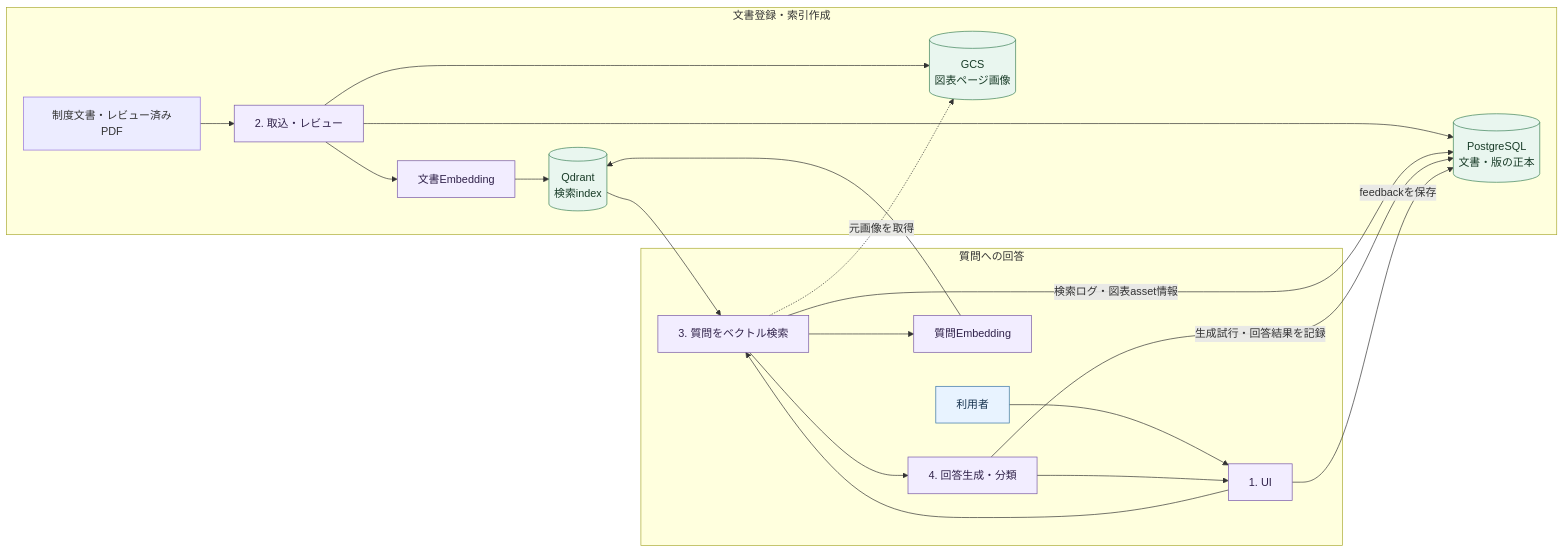
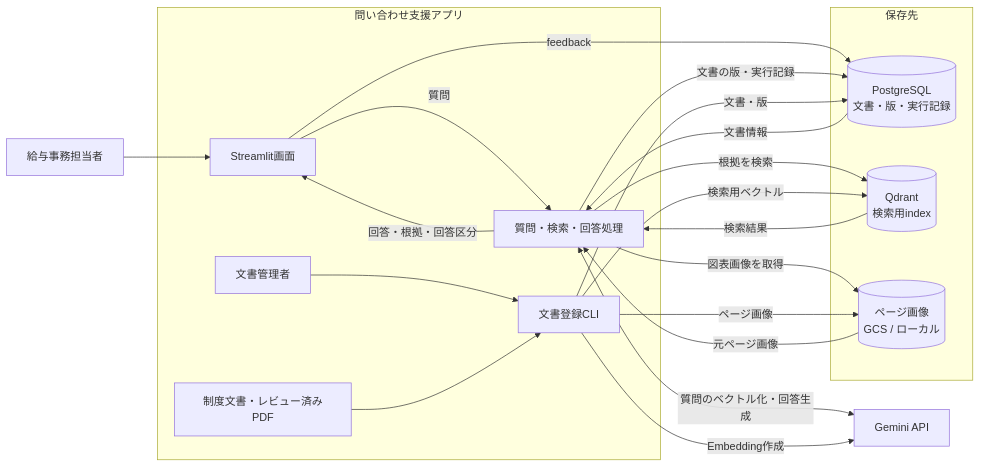
One commit to toko1970/municipal-rag-assistant changed the first of 2 diagrams in README.md. Above: the diagram before and after it, drawn with Mermaid. The commit also changed other lines of this file and 6 other files, not shown here.

````diff
--- a/README.md
+++ b/README.md
@@ -11,31 +24,38 @@
 ```mermaid
 flowchart LR
-    subgraph ING[文書登録・索引作成]
-        DOC[制度文書・レビュー済みPDF] --> INGEST[2. 取込・レビュー]
-        INGEST --> PG[(PostgreSQL<br/>文書・版の正本)]
-        INGEST --> DOC_EMB[文書Embedding]
-        DOC_EMB --> QD[(Qdrant<br/>検索index)]
-        INGEST --> GCS[(GCS<br/>図表ページ画像)]
+    U[給与事務担当者]
+    A[文書管理者]
+    D[制度文書・レビュー済みPDF]
+
+    subgraph APP[問い合わせ支援アプリ]
+        UI[Streamlit画面]
+        QS[質問・検索・回答処理]
+        ING[文書登録CLI]
+        UI -->|質問| QS
+        QS -->|回答・根拠・回答区分| UI
+        A --> ING
+        D --> ING
     end
 
-    subgraph QA[質問への回答]
-        U[利用者] --> UI[1. UI]
-        UI --> SEARCH[3. 質問をベクトル検索]
-        SEARCH --> QUERY_EMB[質問Embedding]
-        QUERY_EMB --> QD
-        QD --> SEARCH
-        SEARCH --> GEN[4. 回答生成・分類]
-        GEN --> UI
-        SEARCH -->|検索ログ・図表asset情報| PG
-        GEN -->|生成試行・回答結果を記録| PG
-        UI -->|feedbackを保存| PG
-        SEARCH -. 元画像を取得 .-> GCS
+    subgraph DATA[保存先]
+        PG[(PostgreSQL<br/>文書・版・実行記録)]
+        QD[(Qdrant<br/>検索用index)]
+        AS[(ページ画像<br/>GCS / ローカル)]
     end
 
-    classDef user fill:#e8f3ff,stroke:#3572a5,color:#16324f
-    classDef process fill:#f2edff,stroke:#7656a5,color:#30224a
-    classDef store fill:#e9f6ef,stroke:#3b8058,color:#183b27
-    class U user
-    class UI,INGEST,DOC_EMB,SEARCH,QUERY_EMB,GEN process
-    class PG,QD,GCS store
+    GEM[Gemini API]
+
+    U --> UI
+    UI -->|feedback| PG
+    QS -->|根拠を検索| QD
+    QD -->|検索結果| QS
+    QS -->|文書の版・実行記録| PG
+    PG -->|文書情報| QS
+    QS -->|図表画像を取得| AS
+    AS -->|元ページ画像| QS
+    QS <-->|質問のベクトル化・回答生成| GEM
+    ING -->|文書・版| PG
+    ING -->|検索用ベクトル| QD
+    ING -->|ページ画像| AS
+    ING -->|Embedding作成| GEM
 ```
````
